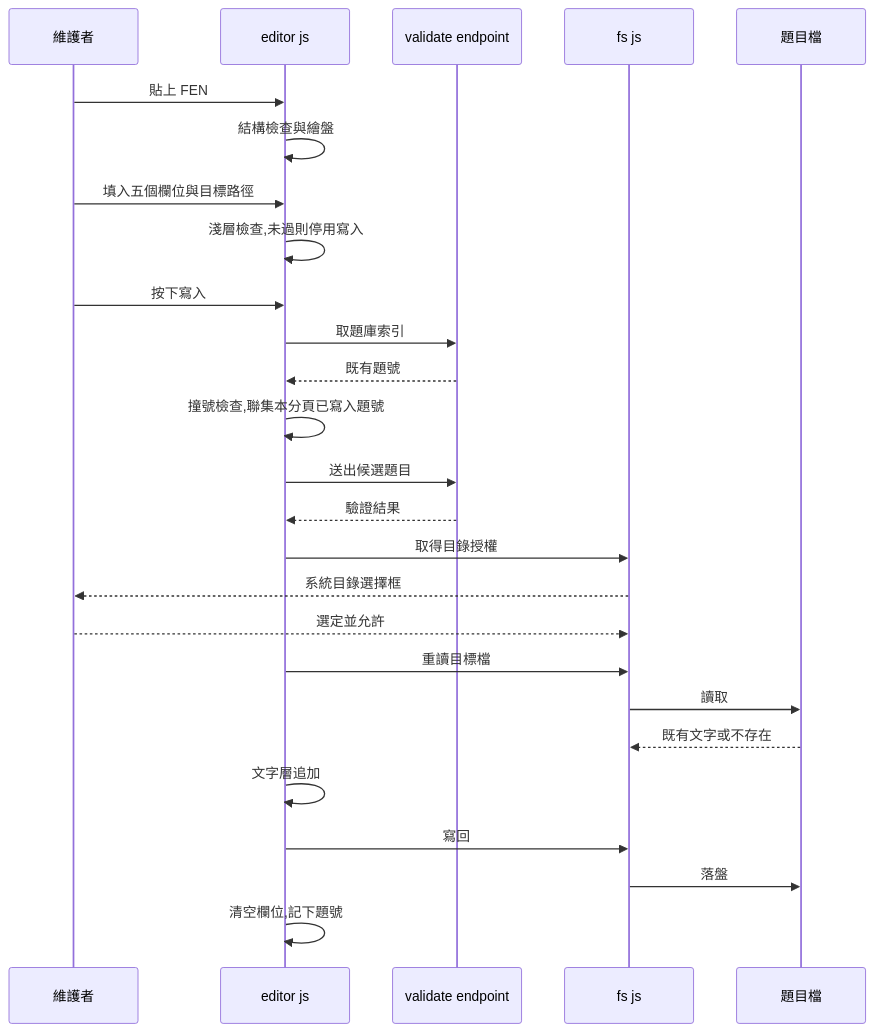
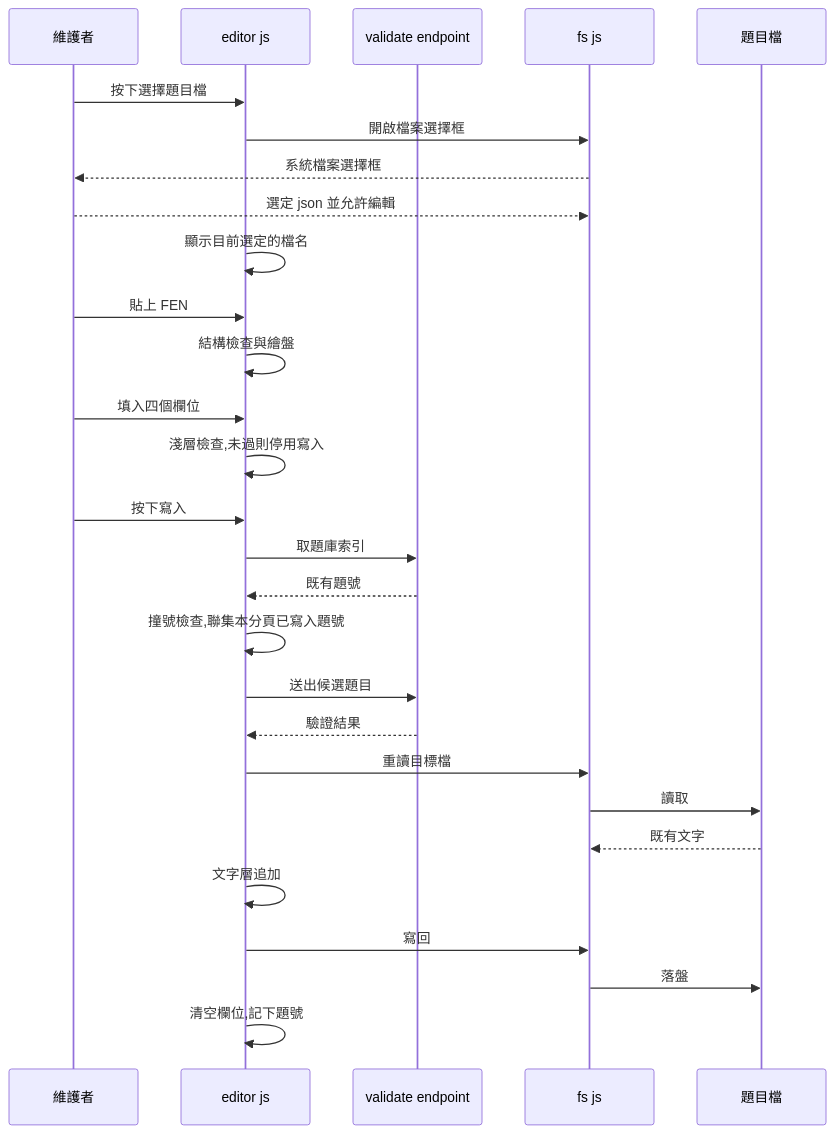
Before and after one commit to weii666/leetchess: the second of 2 diagrams in .kiro/specs/corpus-editor/design.md, drawn with Mermaid. The commit also changed other lines of this file, not shown here.

First line of the commit message:
docs(corpus-editor): 窄修訂 design——檔案控制代碼取代目錄、schema 描述選填

````diff
--- a/.kiro/specs/corpus-editor/design.md
+++ b/.kiro/specs/corpus-editor/design.md
@@ -180,29 +187,31 @@
 ```mermaid
 sequenceDiagram
     participant User as 維護者
     participant Page as editor js
     participant Api as validate endpoint
     participant Fs as fs js
     participant Disk as 題目檔
 
+    User->>Page: 按下選擇題目檔
+    Page->>Fs: 開啟檔案選擇框
+    Fs-->>User: 系統檔案選擇框
+    User-->>Fs: 選定 json 並允許編輯
+    Page->>Page: 顯示目前選定的檔名
     User->>Page: 貼上 FEN
     Page->>Page: 結構檢查與繪盤
-    User->>Page: 填入五個欄位與目標路徑
+    User->>Page: 填入四個欄位
     Page->>Page: 淺層檢查,未過則停用寫入
     User->>Page: 按下寫入
     Page->>Api: 取題庫索引
     Api-->>Page: 既有題號
     Page->>Page: 撞號檢查,聯集本分頁已寫入題號
     Page->>Api: 送出候選題目
     Api-->>Page: 驗證結果
-    Page->>Fs: 取得目錄授權
-    Fs-->>User: 系統目錄選擇框
-    User-->>Fs: 選定並允許
     Page->>Fs: 重讀目標檔
     Fs->>Disk: 讀取
-    Disk-->>Fs: 既有文字或不存在
+    Disk-->>Fs: 既有文字
     Page->>Page: 文字層追加
     Page->>Fs: 寫回
     Fs->>Disk: 落盤
     Page->>Page: 清空欄位,記下題號
 ```
````
